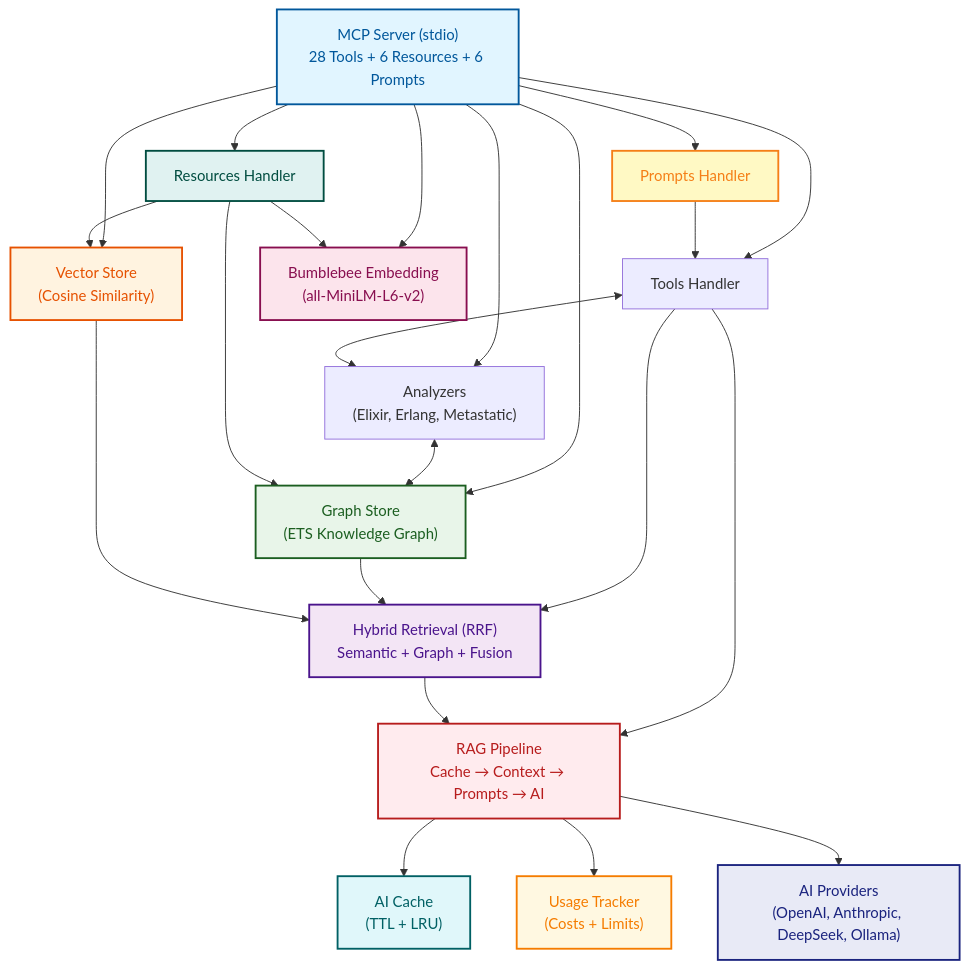
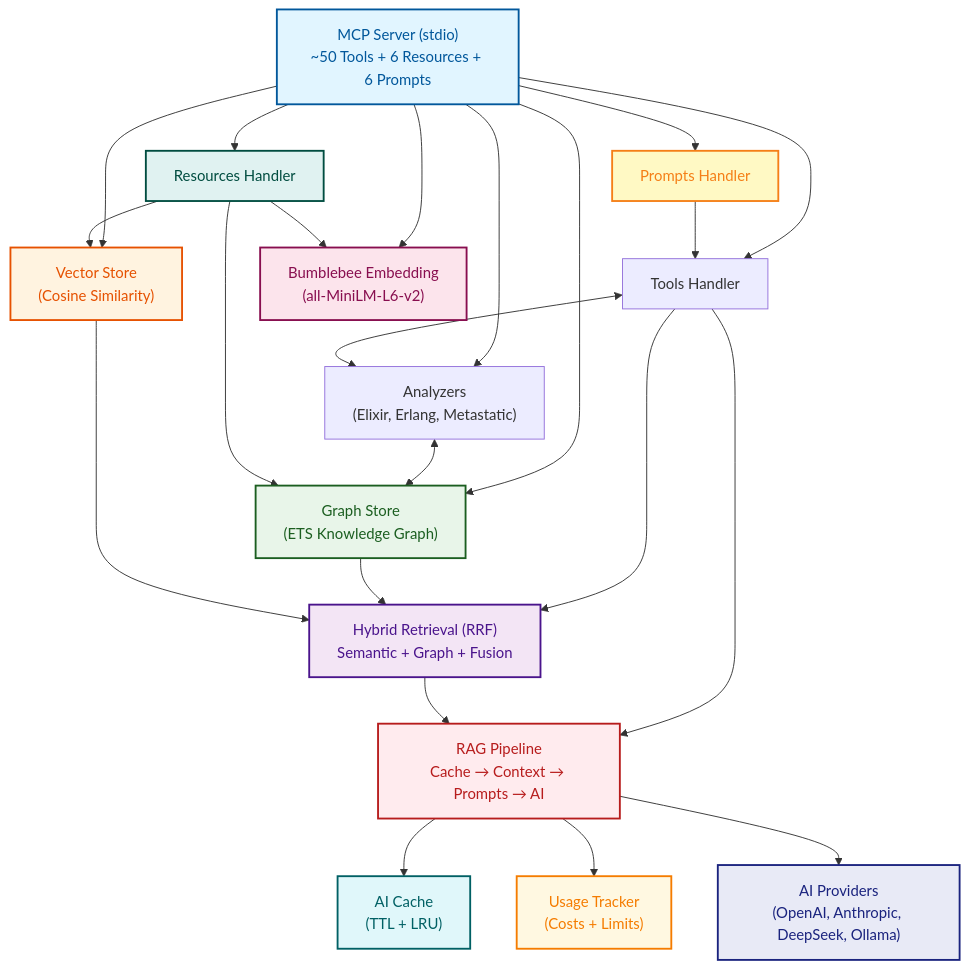
The diagram in README.md (Oeditus/ragex), drawn with Mermaid before and after one commit. The commit also changed other lines of this file and 2 other files, not shown here.

````diff
--- a/README.md
+++ b/README.md
@@ -457,41 +457,41 @@
 ```mermaid
 graph TD
-    MCP["MCP Server (stdio)<br/>28 Tools + 6 Resources + 6 Prompts"]
+    MCP["MCP Server (stdio)<br/>~50 Tools + 6 Resources + 6 Prompts"]
     
     MCP --> Tools["Tools Handler"]
     MCP --> Resources["Resources Handler"]
     MCP --> Prompts["Prompts Handler"]
     MCP --> Analyzers["Analyzers<br/>(Elixir, Erlang, Metastatic)"]
     MCP --> Graph["Graph Store<br/>(ETS Knowledge Graph)"]
     MCP --> Vector["Vector Store<br/>(Cosine Similarity)"]
     MCP --> Bumblebee["Bumblebee Embedding<br/>(all-MiniLM-L6-v2)"]
     
     Tools <--> Analyzers
     Analyzers <--> Graph
     Resources --> Graph
     Resources --> Vector
     Resources --> Bumblebee
     Prompts --> Tools
     
     Tools --> Hybrid["Hybrid Retrieval (RRF)<br/>Semantic + Graph + Fusion"]
     Graph --> Hybrid
     Vector --> Hybrid
     
     Tools --> RAG["RAG Pipeline<br/>Cache → Context → Prompts → AI"]
     Hybrid --> RAG
     RAG --> Cache["AI Cache<br/>(TTL + LRU)"]
     RAG --> Usage["Usage Tracker<br/>(Costs + Limits)"]
     RAG --> AIProvider["AI Providers<br/>(OpenAI, Anthropic, DeepSeek, Ollama)"]
     
     style MCP fill:#e1f5ff,color:#01579b,stroke:#01579b,stroke-width:2px
     style Hybrid fill:#f3e5f5,color:#4a148c,stroke:#4a148c,stroke-width:2px
     style Graph fill:#e8f5e9,color:#1b5e20,stroke:#1b5e20,stroke-width:2px
     style Vector fill:#fff3e0,color:#e65100,stroke:#e65100,stroke-width:2px
     style Bumblebee fill:#fce4ec,color:#880e4f,stroke:#880e4f,stroke-width:2px
     style Resources fill:#e0f2f1,color:#004d40,stroke:#004d40,stroke-width:2px
     style Prompts fill:#fff9c4,color:#f57f17,stroke:#f57f17,stroke-width:2px
     style RAG fill:#ffebee,color:#b71c1c,stroke:#b71c1c,stroke-width:2px
     style AIProvider fill:#e8eaf6,color:#1a237e,stroke:#1a237e,stroke-width:2px
     style Cache fill:#e0f7fa,color:#006064,stroke:#006064,stroke-width:2px
     style Usage fill:#fff8e1,color:#f57c00,stroke:#f57c00,stroke-width:2px
 ```
````
